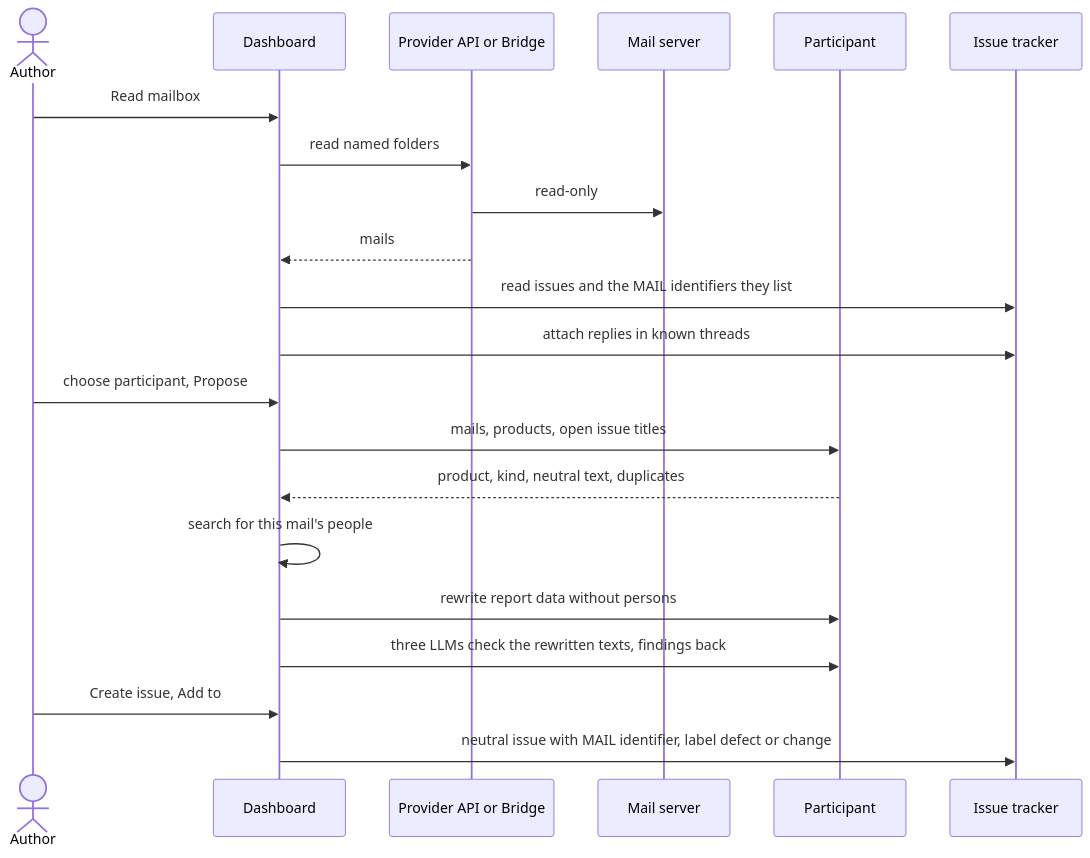
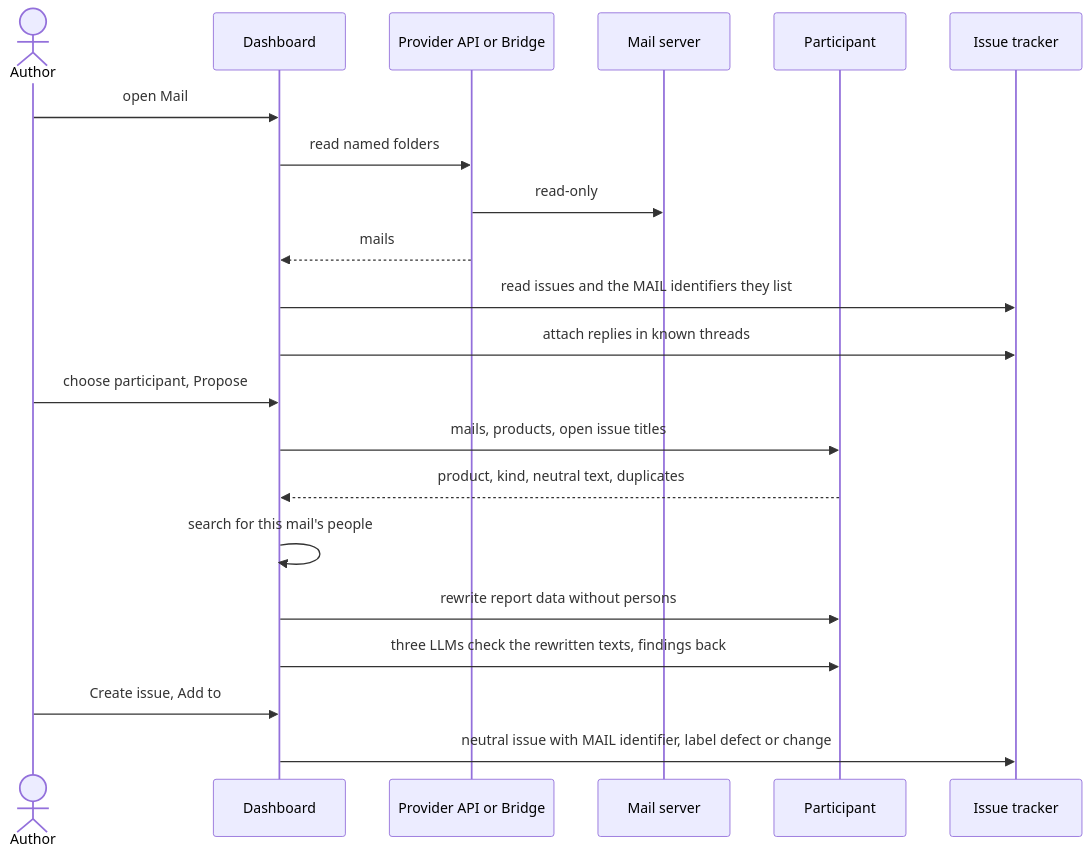
One commit to akmaier/agent-m changed the diagram in docs/use-cases/UC-038-turn-mails-into-issues.md. Above: the diagram before and after it, drawn with Mermaid. The commit also changed other lines of this file and 1 other file, not shown here.

First line of the commit message:
UC-038 step 1: opening Mail reads the mailbox; Read again reads it anew (draft)

````diff
--- a/docs/use-cases/UC-038-turn-mails-into-issues.md
+++ b/docs/use-cases/UC-038-turn-mails-into-issues.md
@@ -127,23 +127,23 @@
 ```mermaid
 sequenceDiagram
     actor A as Author
     participant D as Dashboard
     participant B as Provider API or Bridge
     participant S as Mail server
     participant P as Participant
     participant I as Issue tracker
-    A->>D: Read mailbox
+    A->>D: open Mail
     D->>B: read named folders
     B->>S: read-only
     B-->>D: mails
     D->>I: read issues and the MAIL identifiers they list
     D->>I: attach replies in known threads
     A->>D: choose participant, Propose
     D->>P: mails, products, open issue titles
     P-->>D: product, kind, neutral text, duplicates
     D->>D: search for this mail's people
     D->>P: rewrite report data without persons
     D->>P: three LLMs check the rewritten texts, findings back
     A->>D: Create issue, Add to #n, or Not an issue
     D->>I: neutral issue with MAIL identifier, label defect or change
 ```
````
